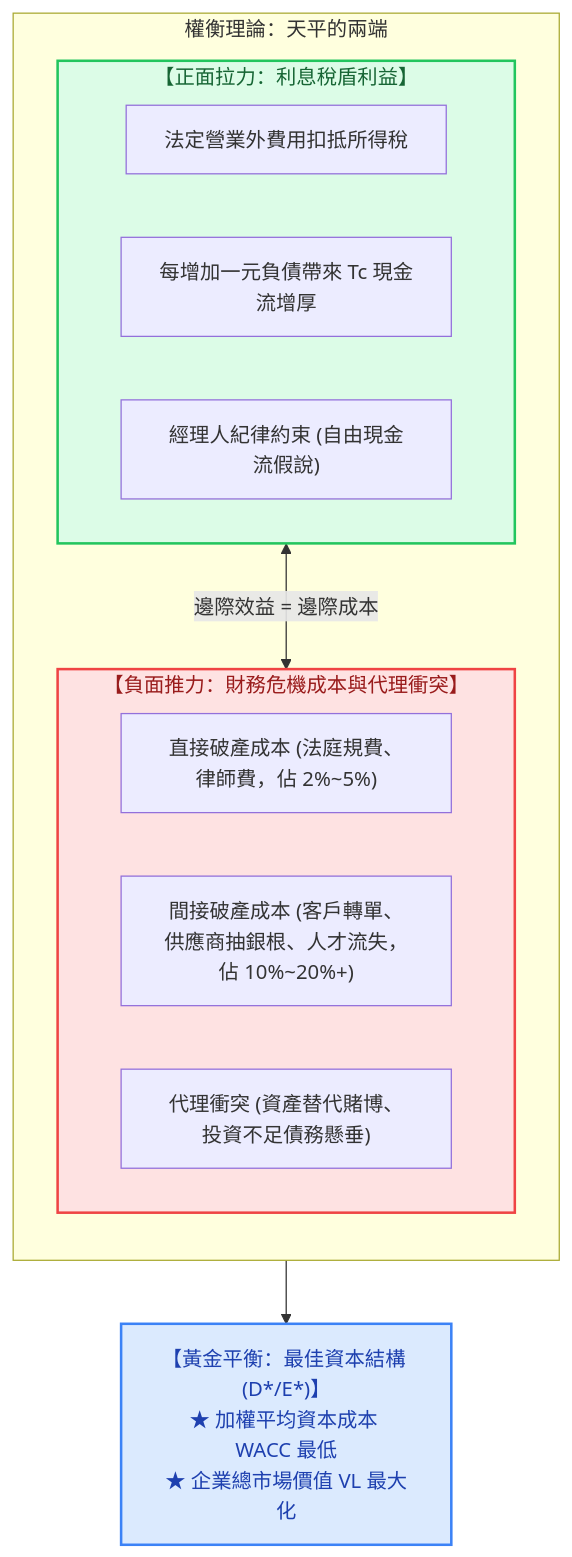
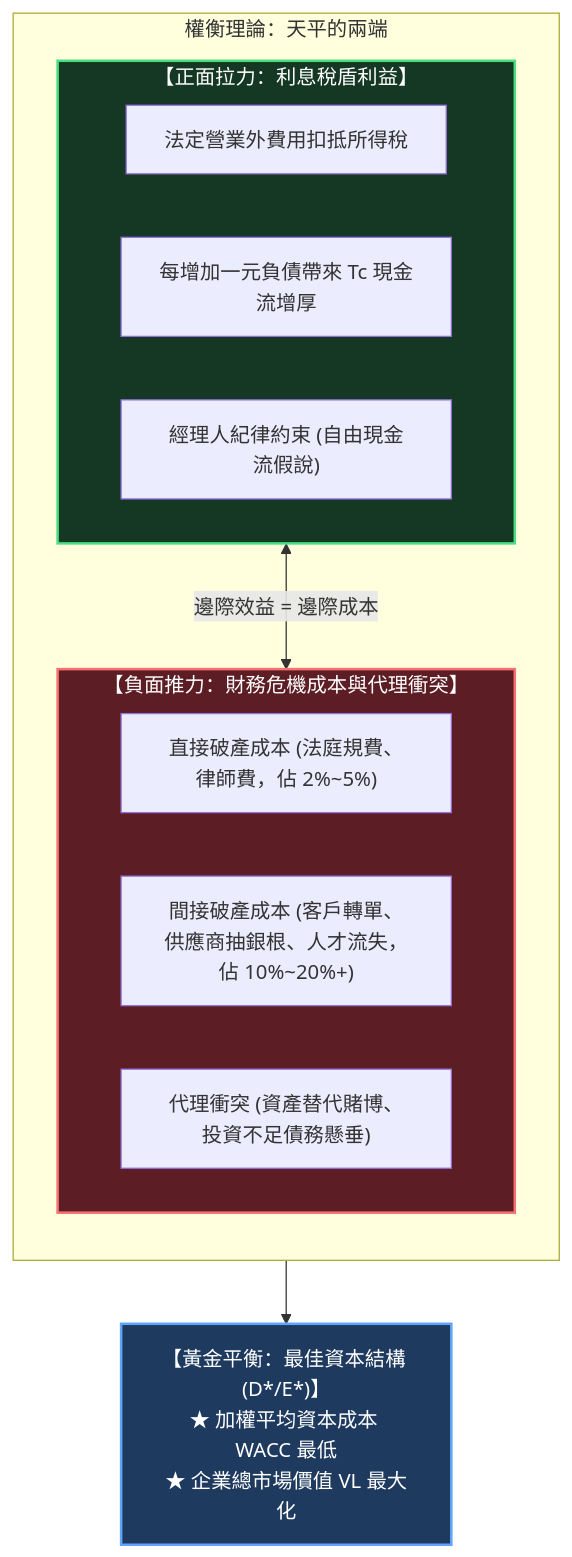
One commit to Jimlin0428/my-digital-garden changed the first of 2 diagrams in src/site/notes/98_商業概念庫/theory-7_權衡理論.md. Above: the diagram before and after it, drawn with Mermaid. The commit also changed other lines of this file and 58 other files, not shown here.

````diff
--- a/src/site/notes/98_商業概念庫/theory-7_權衡理論.md
+++ b/src/site/notes/98_商業概念庫/theory-7_權衡理論.md
@@ -37,25 +37,25 @@
 ```mermaid
 flowchart TD
     subgraph BalancingForces ["權衡理論：天平的兩端"]
         direction TB
         
         subgraph TaxShieldSide ["【正面拉力：利息稅盾利益】"]
             TS1["法定營業外費用扣抵所得稅"]
             TS2["每增加一元負債帶來 Tc 現金流增厚"]
             TS3["經理人紀律約束 (自由現金流假說)"]
         end
         
         subgraph DistressSide ["【負面推力：財務危機成本與代理衝突】"]
             DC["直接破產成本 (法庭規費、律師費，佔 2%~5%)"]
             IC["間接破產成本 (客戶轉單、供應商抽銀根、人才流失，佔 10%~20%+)"]
             AC["代理衝突 (資產替代賭博、投資不足債務懸垂)"]
         end
     end
 
     TaxShieldSide <-->|"邊際效益 = 邊際成本"| DistressSide
     BalancingForces --> OptimalPoint["【黃金平衡：最佳資本結構 (D*/E*)】<br>★ 加權平均資本成本 WACC 最低<br>★ 企業總市場價值 VL 最大化"]
 
-    style TaxShieldSide fill:#dcfce7,stroke:#22c55e,stroke-width:2px,color:#166534
-    style DistressSide fill:#fee2e2,stroke:#ef4444,stroke-width:2px,color:#991b1b
-    style OptimalPoint fill:#dbeafe,stroke:#3b82f6,stroke-width:2px,color:#1e40af
+    style TaxShieldSide fill:#143823,stroke:#4ade80,stroke-width:2px,color:#ffffff
+    style DistressSide fill:#5c1d24,stroke:#f87171,stroke-width:2px,color:#ffffff
+    style OptimalPoint fill:#1e3a5f,stroke:#60a5fa,stroke-width:2px,color:#ffffff
 ```
````
